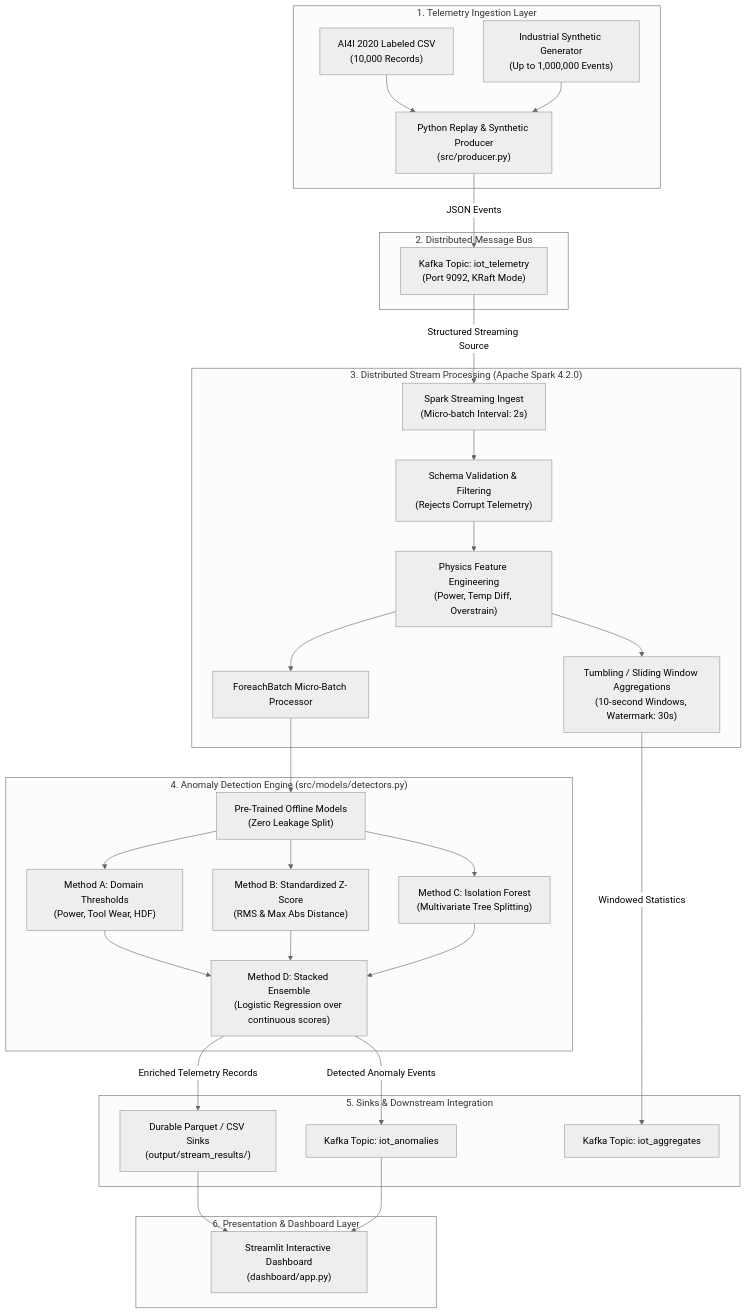
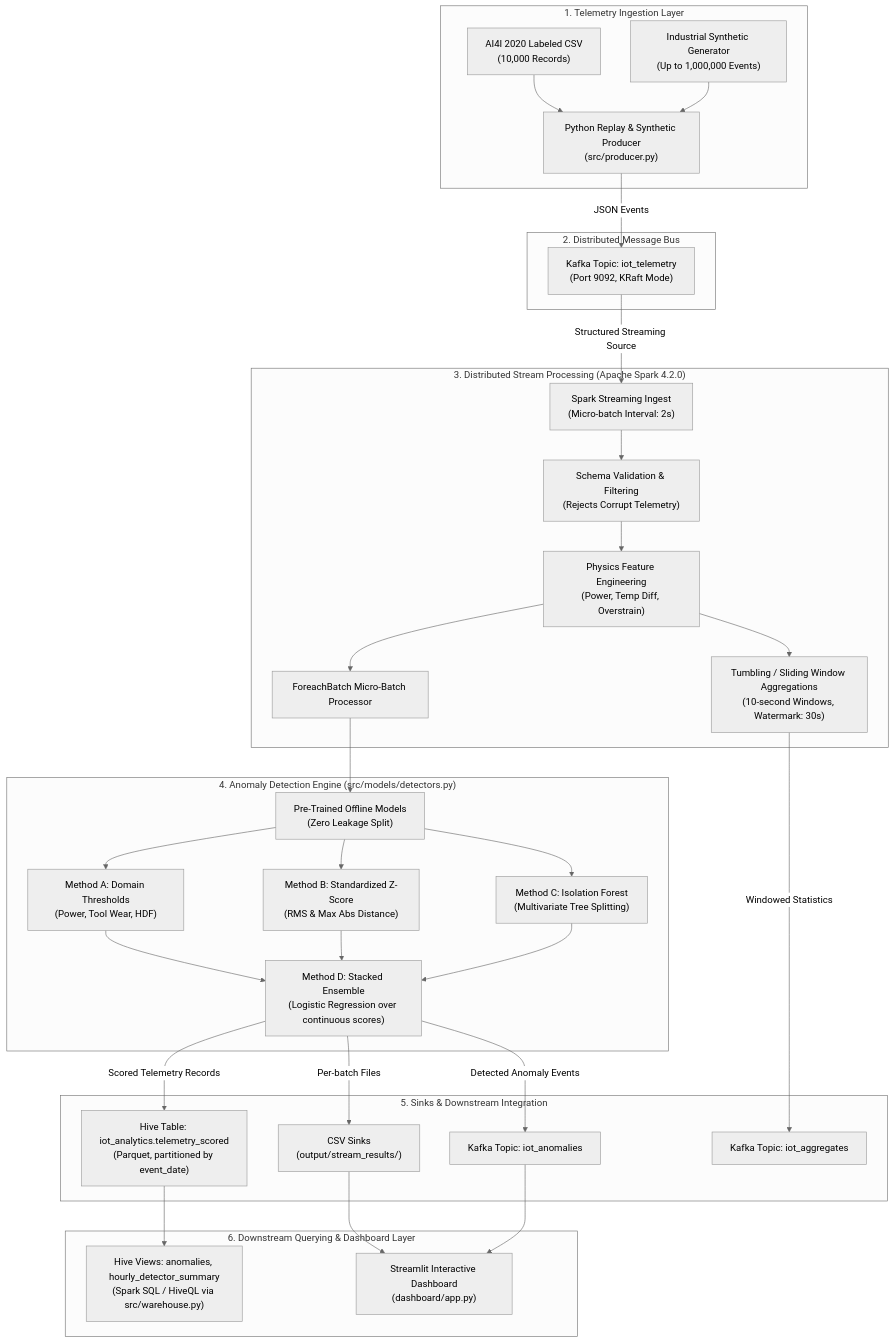
Before and after one commit to Sanju-afk/IOT-DATA-PROCESSING: the diagram in docs/architecture.md, drawn with Mermaid (neutral theme). The commit also changed other lines of this file and 15 other files, not shown here.

First line of the commit message:
feat: land scored stream results in a Hive warehouse

````diff
--- a/docs/architecture.md
+++ b/docs/architecture.md
@@ -25,38 +25,40 @@
 ```mermaid
 flowchart TD
     subgraph Data_Source ["1. Telemetry Ingestion Layer"]
         A1["AI4I 2020 Labeled CSV<br/>(10,000 Records)"] --> B["Python Replay & Synthetic Producer<br/>(src/producer.py)"]
         A2["Industrial Synthetic Generator<br/>(Up to 1,000,000 Events)"] --> B
     end
 
     subgraph Messaging ["2. Distributed Message Bus"]
         B -->|JSON Events| C["Kafka Topic: iot_telemetry<br/>(Port 9092, KRaft Mode)"]
     end
 
     subgraph Stream_Processing ["3. Distributed Stream Processing (Apache Spark 4.2.0)"]
         C -->|Structured Streaming Source| D["Spark Streaming Ingest<br/>(Micro-batch Interval: 2s)"]
         D --> E["Schema Validation & Filtering<br/>(Rejects Corrupt Telemetry)"]
         E --> F["Physics Feature Engineering<br/>(Power, Temp Diff, Overstrain)"]
         F --> G["Tumbling / Sliding Window Aggregations<br/>(10-second Windows, Watermark: 30s)"]
         F --> H["ForeachBatch Micro-Batch Processor"]
     end
 
     subgraph Detection_Engine ["4. Anomaly Detection Engine (src/models/detectors.py)"]
         H --> I["Pre-Trained Offline Models<br/>(Zero Leakage Split)"]
         I --> J1["Method A: Domain Thresholds<br/>(Power, Tool Wear, HDF)"]
         I --> J2["Method B: Standardized Z-Score<br/>(RMS & Max Abs Distance)"]
         I --> J3["Method C: Isolation Forest<br/>(Multivariate Tree Splitting)"]
         J1 & J2 & J3 --> K["Method D: Stacked Ensemble<br/>(Logistic Regression over continuous scores)"]
     end
 
     subgraph Sinks ["5. Sinks & Downstream Integration"]
         K -->|Detected Anomaly Events| L["Kafka Topic: iot_anomalies"]
-        K -->|Enriched Telemetry Records| M["Durable Parquet / CSV Sinks<br/>(output/stream_results/)"]
+        K -->|Scored Telemetry Records| W["Hive Table: iot_analytics.telemetry_scored<br/>(Parquet, partitioned by event_date)"]
+        K -->|Per-batch Files| M["CSV Sinks<br/>(output/stream_results/)"]
         G -->|Windowed Statistics| N["Kafka Topic: iot_aggregates"]
     end
 
-    subgraph Presentation ["6. Presentation & Dashboard Layer"]
+    subgraph Presentation ["6. Downstream Querying & Dashboard Layer"]
+        W --> Q["Hive Views: anomalies, hourly_detector_summary<br/>(Spark SQL / HiveQL via src/warehouse.py)"]
         M --> O["Streamlit Interactive Dashboard<br/>(dashboard/app.py)"]
         L --> O
     end
 ```
````
